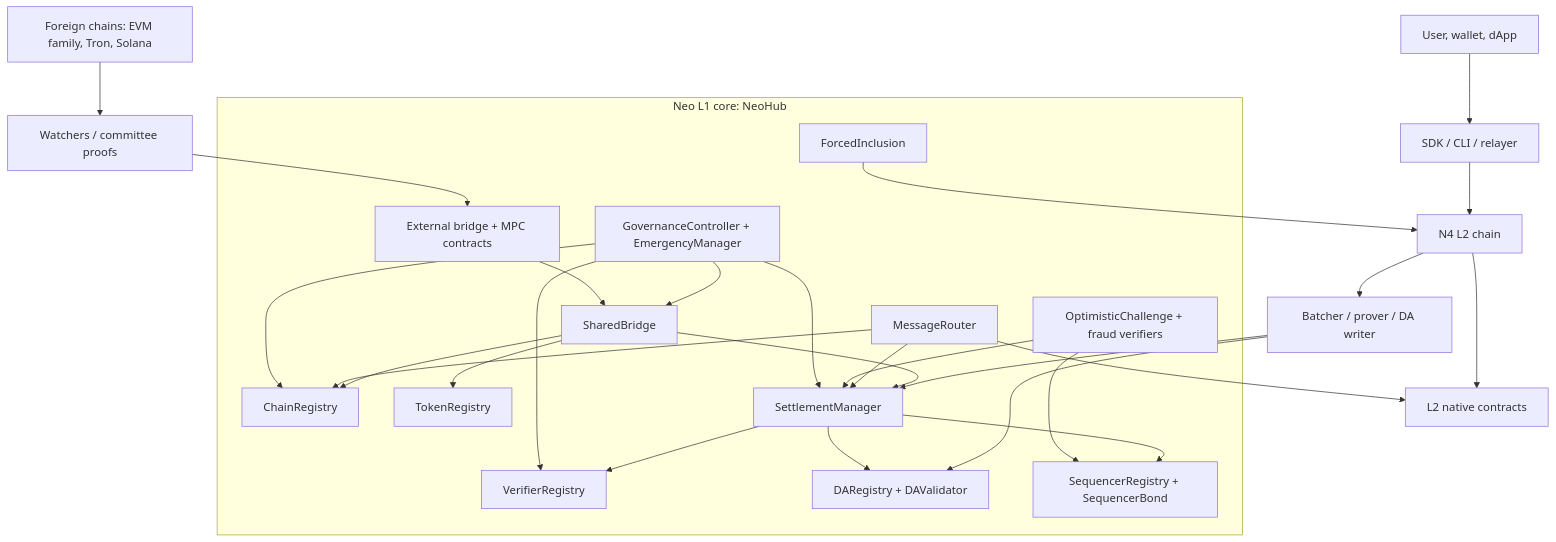
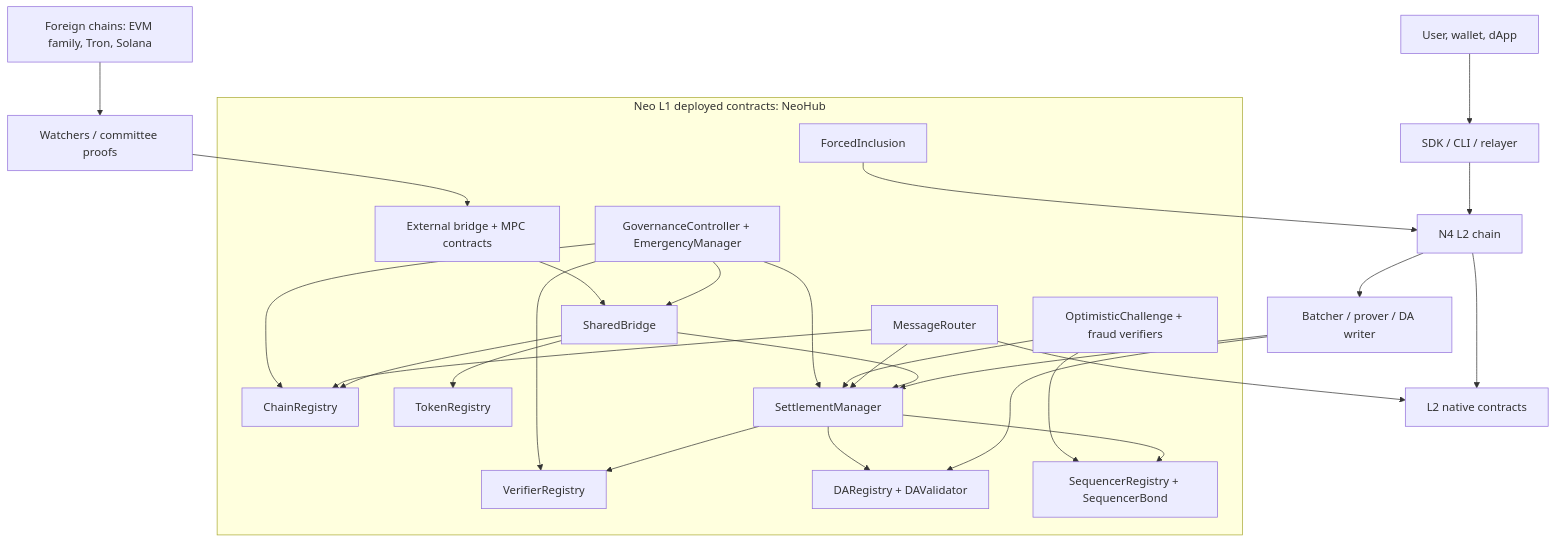
The first of 10 diagrams in docs/neohub-architecture-and-workflows.md (r3e-network/neo-n4), drawn with Mermaid before and after one commit. The commit also changed other lines of this file and 17 other files, not shown here.

Commit message:
Document NeoHub as deployable L1 contracts

````diff
--- a/docs/neohub-architecture-and-workflows.md
+++ b/docs/neohub-architecture-and-workflows.md
@@ -32,45 +35,45 @@
 ```mermaid
 flowchart TB
     user["User, wallet, dApp"] --> sdk["SDK / CLI / relayer"]
     sdk --> l2["N4 L2 chain"]
     l2 --> batcher["Batcher / prover / DA writer"]
     l2 --> l2native["L2 native contracts"]
 
-    subgraph l1["Neo L1 core: NeoHub"]
+    subgraph l1["Neo L1 deployed contracts: NeoHub"]
         chain["ChainRegistry"]
         token["TokenRegistry"]
         bridge["SharedBridge"]
         settle["SettlementManager"]
         verifier["VerifierRegistry"]
         msg["MessageRouter"]
         da["DARegistry + DAValidator"]
         seq["SequencerRegistry + SequencerBond"]
         force["ForcedInclusion"]
         challenge["OptimisticChallenge + fraud verifiers"]
         gov["GovernanceController + EmergencyManager"]
         ext["External bridge + MPC contracts"]
     end
 
     batcher --> da
     batcher --> settle
     settle --> verifier
     settle --> da
     settle --> seq
     bridge --> token
     bridge --> chain
     bridge --> settle
     msg --> chain
     msg --> settle
     msg --> l2native
     force --> l2
     challenge --> settle
     challenge --> seq
     gov --> chain
     gov --> verifier
     gov --> bridge
     gov --> settle
     ext --> bridge
 
     foreign["Foreign chains: EVM family, Tron, Solana"] --> watcher["Watchers / committee proofs"]
     watcher --> ext
 ```
````
